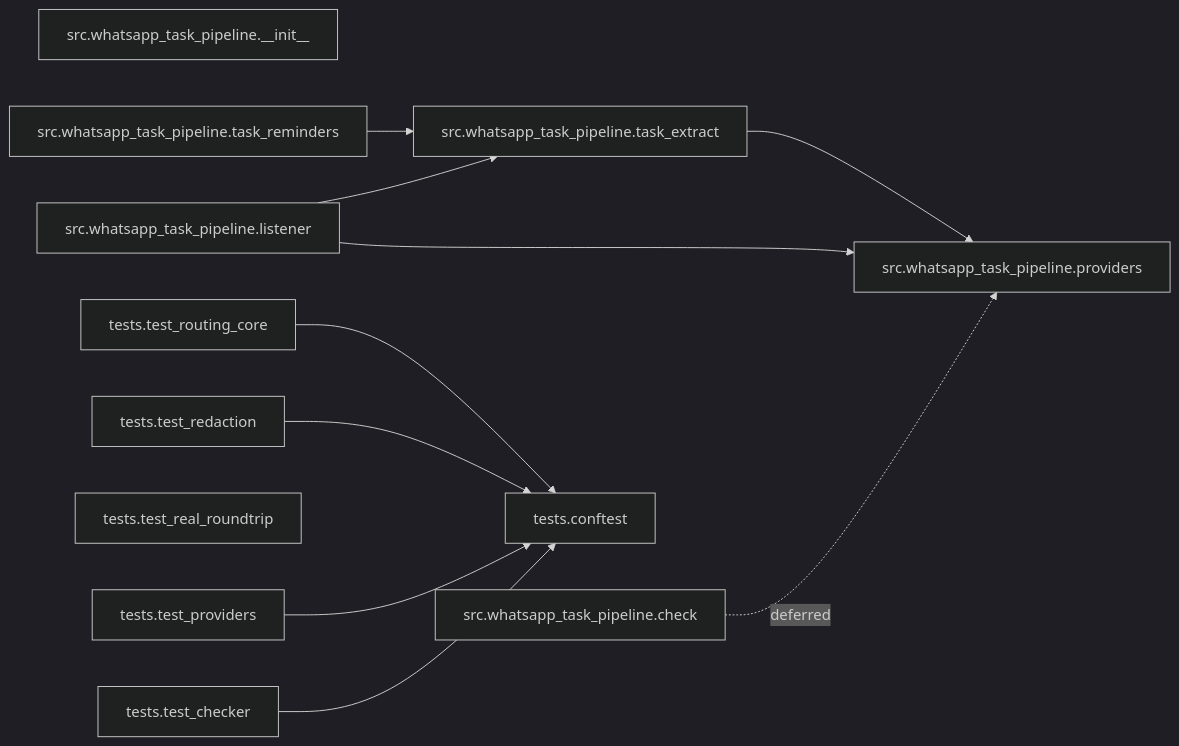
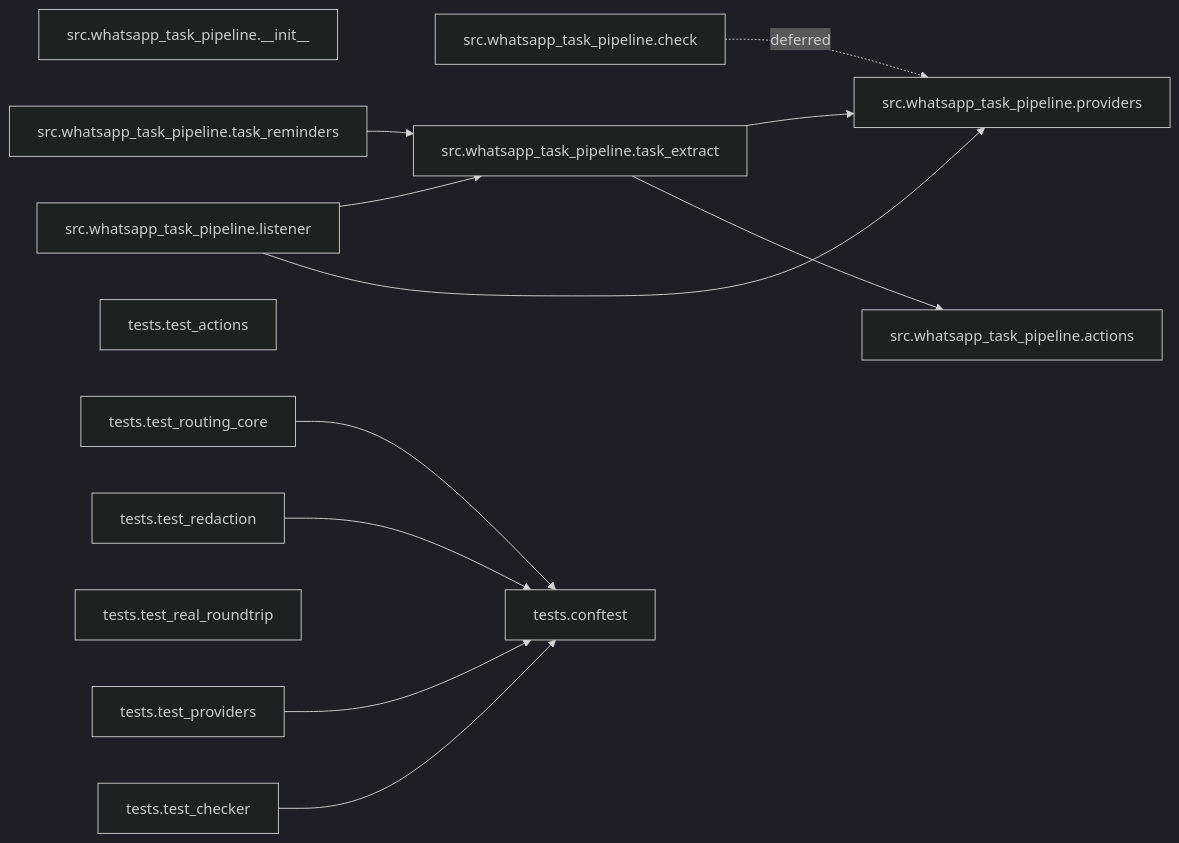
The diagram in docs/architecture/generated/dependency-graph.md (danaghili/whatsapp-task-pipeline), drawn with Mermaid (dark theme) before and after one commit. The commit also changed other lines of this file and 11 other files, not shown here.

````diff
--- a/docs/architecture/generated/dependency-graph.md
+++ b/docs/architecture/generated/dependency-graph.md
@@ -7,25 +7,28 @@
 ```mermaid
 graph LR
     src_whatsapp_task_pipeline___init__["src.whatsapp_task_pipeline.__init__"]
+    src_whatsapp_task_pipeline_actions["src.whatsapp_task_pipeline.actions"]
     src_whatsapp_task_pipeline_check["src.whatsapp_task_pipeline.check"]
     src_whatsapp_task_pipeline_listener["src.whatsapp_task_pipeline.listener"]
     src_whatsapp_task_pipeline_providers["src.whatsapp_task_pipeline.providers"]
     src_whatsapp_task_pipeline_task_extract["src.whatsapp_task_pipeline.task_extract"]
     src_whatsapp_task_pipeline_task_reminders["src.whatsapp_task_pipeline.task_reminders"]
     tests_conftest["tests.conftest"]
+    tests_test_actions["tests.test_actions"]
     tests_test_checker["tests.test_checker"]
     tests_test_providers["tests.test_providers"]
     tests_test_real_roundtrip["tests.test_real_roundtrip"]
     tests_test_redaction["tests.test_redaction"]
     tests_test_routing_core["tests.test_routing_core"]
 
     src_whatsapp_task_pipeline_check -.->|deferred| src_whatsapp_task_pipeline_providers
     src_whatsapp_task_pipeline_listener --> src_whatsapp_task_pipeline_providers
     src_whatsapp_task_pipeline_listener --> src_whatsapp_task_pipeline_task_extract
+    src_whatsapp_task_pipeline_task_extract --> src_whatsapp_task_pipeline_actions
     src_whatsapp_task_pipeline_task_extract --> src_whatsapp_task_pipeline_providers
     src_whatsapp_task_pipeline_task_reminders --> src_whatsapp_task_pipeline_task_extract
     tests_test_checker --> tests_conftest
     tests_test_providers --> tests_conftest
     tests_test_redaction --> tests_conftest
     tests_test_routing_core --> tests_conftest
 ```
````
